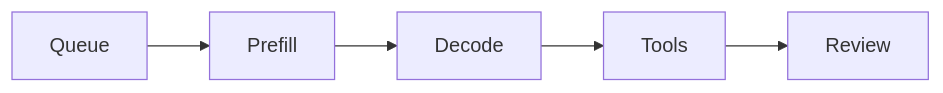
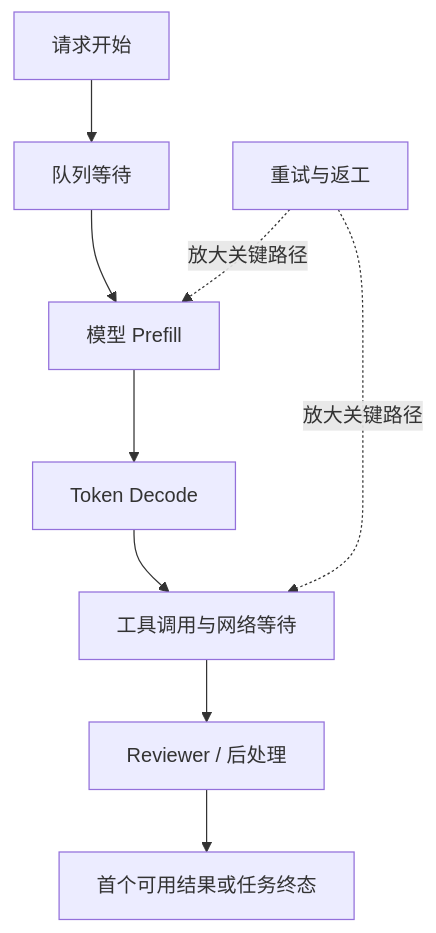
Before and after one commit to wujinjun/ai-agent-book: the first of 4 diagrams in docs/part-05-engineering/ch31-cost-performance.md, drawn with Mermaid. The commit also changed other lines of this file and 536 other files, not shown here.

````diff
--- a/docs/part-05-engineering/ch31-cost-performance.md
+++ b/docs/part-05-engineering/ch31-cost-performance.md
@@ -22,7 +24,14 @@
 ```mermaid
 %% id: agent-latency-critical-path
 %% title: Agent 延迟关键路径
 %% alt: 总延迟由队列等待模型 Prefill Decode 工具调用和 Reviewer 串联构成并受重试放大
-flowchart LR
-    Queue --> Prefill --> Decode --> Tools --> Review
+flowchart TB
+    Request["请求开始"] --> Queue["队列等待"]
+    Queue --> Prefill["模型 Prefill"]
+    Prefill --> Decode["Token Decode"]
+    Decode --> Tools["工具调用与网络等待"]
+    Tools --> Review["Reviewer / 后处理"]
+    Review --> Result["首个可用结果或任务终态"]
+    Retry["重试与返工"] -.放大关键路径.-> Prefill
+    Retry -.放大关键路径.-> Tools
 ```
````
